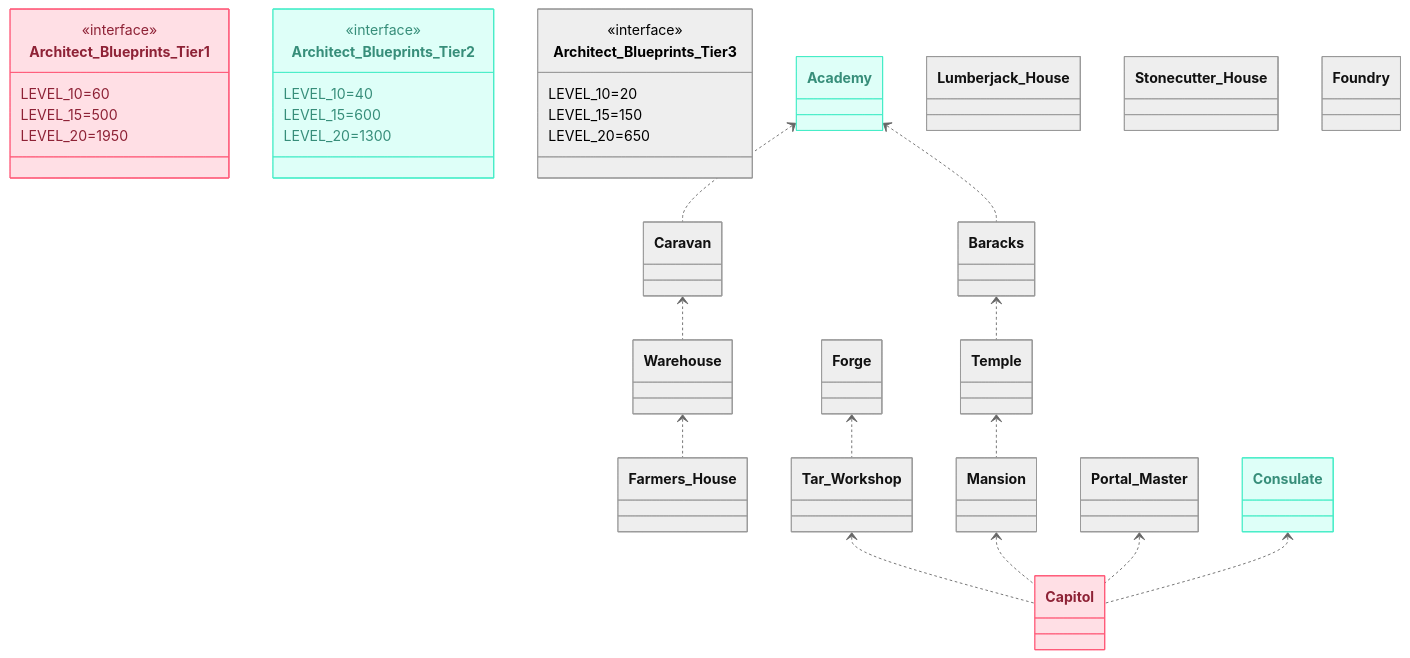
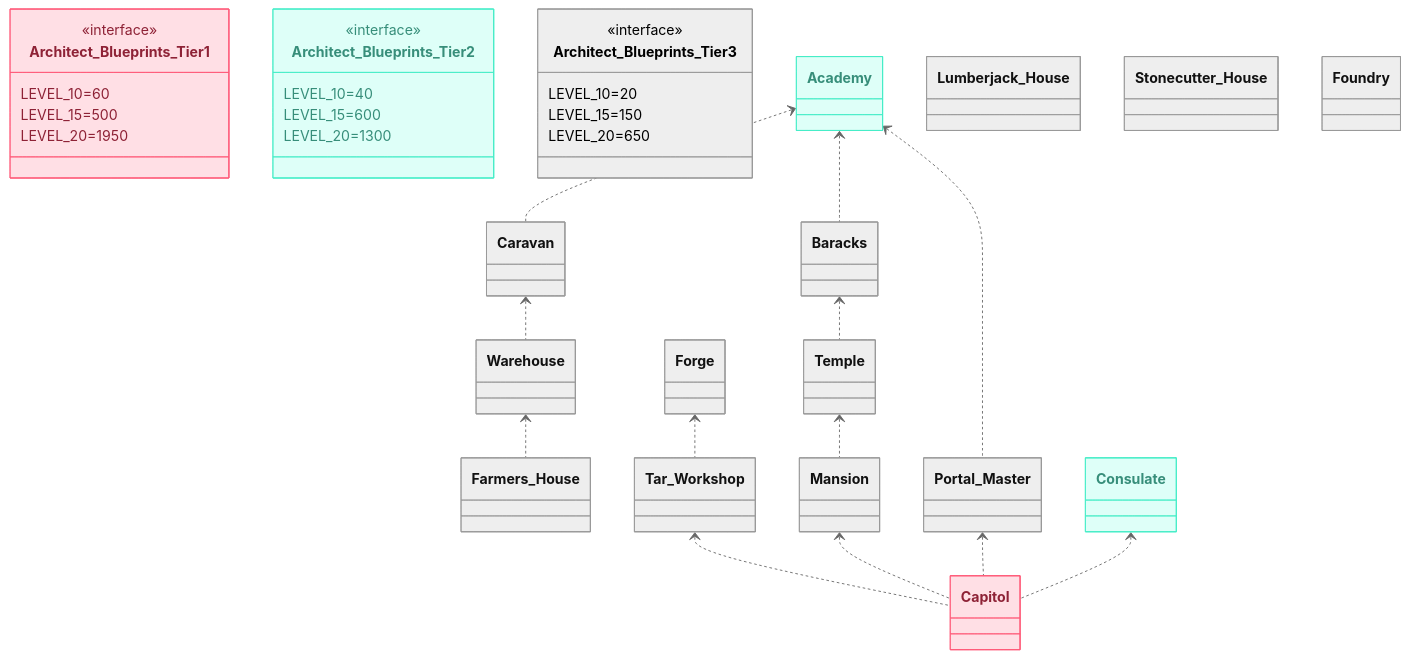
Before and after one commit to wloche/total_battle: the diagram in Total Battle building upgrades.mermaid, drawn with Mermaid (neutral theme).

Commit message:
Update Total Battle building upgrades.mermaid
Adding Academy <..  Portal_Master dep

```diff
--- a/Total Battle building upgrades.mermaid
+++ b/Total Battle building upgrades.mermaid
@@ -1,90 +1,91 @@
 classDiagram
     class Architect_Blueprints_Tier1 {
 	    LEVEL_10=60
 	    LEVEL_15=500
 	    LEVEL_20=1950
     }
 
     class Architect_Blueprints_Tier2 {
 	    LEVEL_10=40
 	    LEVEL_15=600
 	    LEVEL_20=1300
     }
 
     class Architect_Blueprints_Tier3 {
 	    LEVEL_10=20
 	    LEVEL_15=150
 	    LEVEL_20=650
     }
 
     class Academy {
     }
 
     class Baracks {
     }
 
     class Caravan {
     }
 
     class Warehouse {
     }
 
     class Farmers_House {
     }
 
     class Temple {
     }
 
     class Mansion {
     }
 
     class Tar_Workshop {
     }
 
     class Portal_Master {
     }
 
     class Consulate {
     }
 
     class Forge {
     }
 
     class Lumberjack_House {
     }
 
     class Stonecutter_House {
     }
 
     class Foundry {
     }
 
     class Capitol {
     }
 
 	<<interface>> Architect_Blueprints_Tier1
 	<<interface>> Architect_Blueprints_Tier2
 	<<interface>> Architect_Blueprints_Tier3
 
     Academy <.. Baracks
     Academy <.. Caravan
+    Academy <..  Portal_Master
     Warehouse <.. Farmers_House
     Baracks <.. Temple
     Temple <.. Mansion
     Caravan <.. Warehouse
     Tar_Workshop <.. Capitol
     Mansion <.. Capitol
     Forge <.. Tar_Workshop
     Portal_Master <.. Capitol
     Consulate <.. Capitol
 
 	class Architect_Blueprints_Tier1:::Tier1
 	class Architect_Blueprints_Tier2:::Tier2
 	class Architect_Blueprints_Tier3:::Tier3
 	class Academy:::Tier2
 	class Consulate:::Tier2
 	class Capitol:::Tier1
 
 	classDef Tier1 :, stroke-width:1px, stroke-dasharray:none, stroke:#FF5978, fill:#FFDFE5, color:#8E2236
 	classDef Tier2 :, stroke-width:1px, stroke-dasharray:none, stroke:#46EDC8, fill:#DEFFF8, color:#378E7A
 	classDef Tier3 :,stroke-width:1px, stroke-dasharray:none, stroke:#999999, fill:#EEEEEE, color:#000000
```
